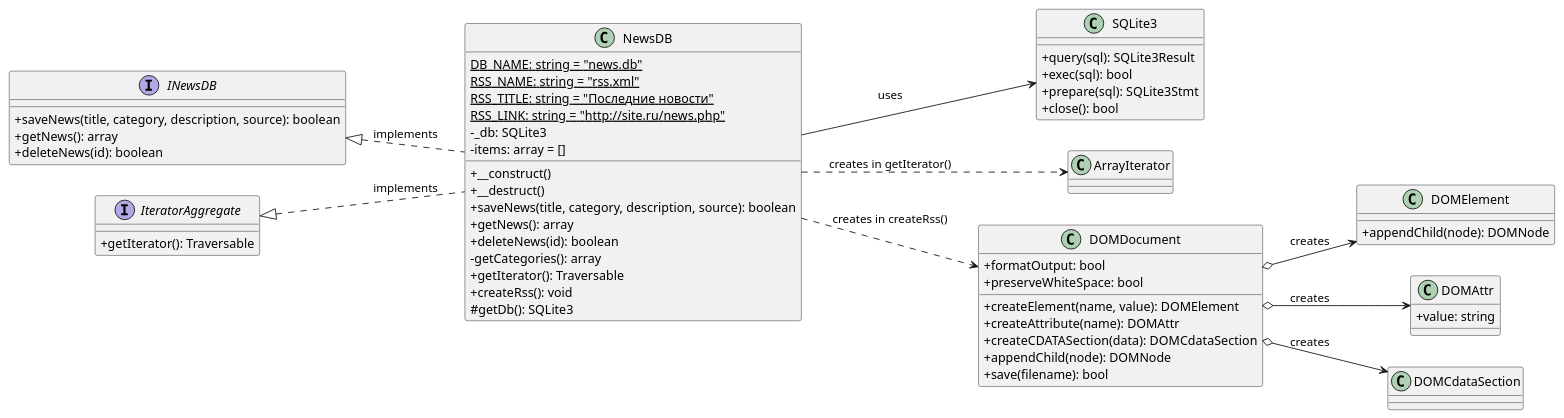
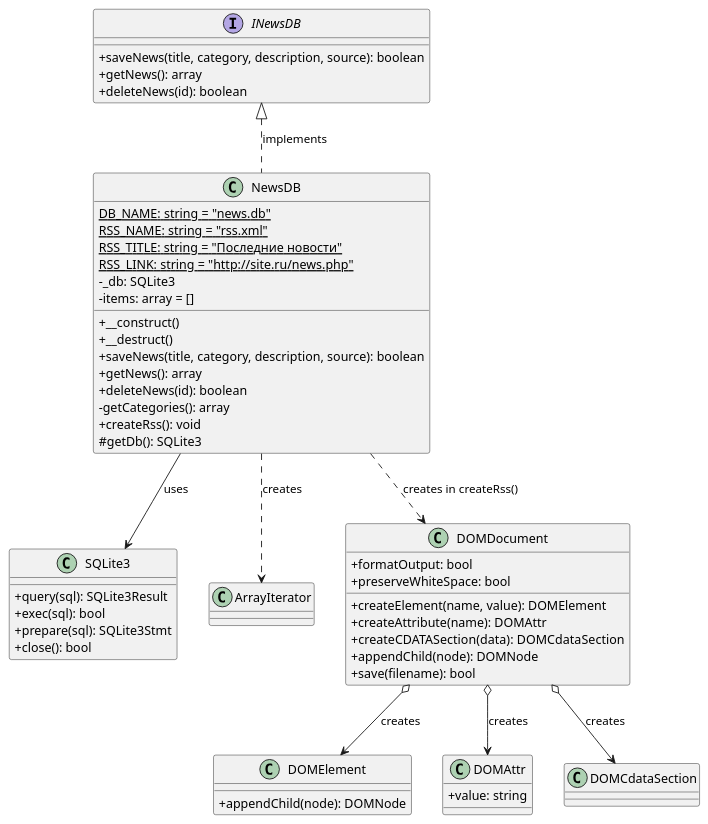
The diagram in lab5/lab5.puml (KapustinaLera/web), drawn with PlantUML before and after one commit.

```diff
--- a/lab5/lab5.puml
+++ b/lab5/lab5.puml
@@ -1,77 +1,74 @@
 @startuml Lab5_XML_RSS
 skinparam classAttributeIconSize 0
-left to right direction
 
-' === Интерфейсы ===
+' === Интерфейс БД ===
 interface INewsDB {
   +saveNews(title, category, description, source): boolean
   +getNews(): array
   +deleteNews(id): boolean
-}
-
-interface IteratorAggregate {
-  +getIterator(): Traversable
 }
 
 ' === Главный класс NewsDB ===
 class NewsDB {
   {static} DB_NAME: string = "news.db"
   {static} RSS_NAME: string = "rss.xml"
   {static} RSS_TITLE: string = "Последние новости"
   {static} RSS_LINK: string = "http://site.ru/news.php"
   -_db: SQLite3
   -items: array = []
   +__construct()
   +__destruct()
   +saveNews(title, category, description, source): boolean
   +getNews(): array
   +deleteNews(id): boolean
   -getCategories(): array
-  +getIterator(): Traversable
   +createRss(): void
   #getDb(): SQLite3
 }
 
-' === Классы БД ===
+' === Класс БД ===
 class SQLite3 {
   +query(sql): SQLite3Result
   +exec(sql): bool
   +prepare(sql): SQLite3Stmt
   +close(): bool
 }
 
+' === Итератор для категорий (остался из 4-й лабы) ===
 class ArrayIterator
 
-' === DOM-классы  ===
+' === DOM-классы (новое в 5-й лабе для RSS) ===
 class DOMDocument {
   +formatOutput: bool
   +preserveWhiteSpace: bool
   +createElement(name, value): DOMElement
   +createAttribute(name): DOMAttr
   +createCDATASection(data): DOMCdataSection
   +appendChild(node): DOMNode
   +save(filename): bool
 }
 
 class DOMElement {
   +appendChild(node): DOMNode
 }
 
 class DOMAttr {
   +value: string
 }
 
 class DOMCdataSection
 
 ' === Связи ===
 INewsDB <|.. NewsDB : implements
-IteratorAggregate <|.. NewsDB : implements
 NewsDB --> SQLite3 : uses
-NewsDB ..> ArrayIterator : creates in getIterator()
 
+' Создание итератора для категорий
+NewsDB ..> ArrayIterator : creates
+
+' Создание RSS через DOM
 NewsDB ..> DOMDocument : creates in createRss()
 DOMDocument o--> DOMElement : creates
 DOMDocument o--> DOMAttr : creates
 DOMDocument o--> DOMCdataSection : creates
 
 @enduml
```
